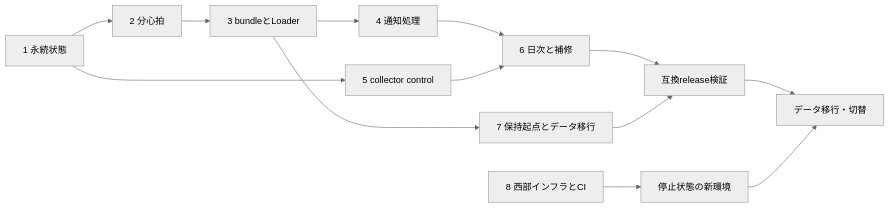
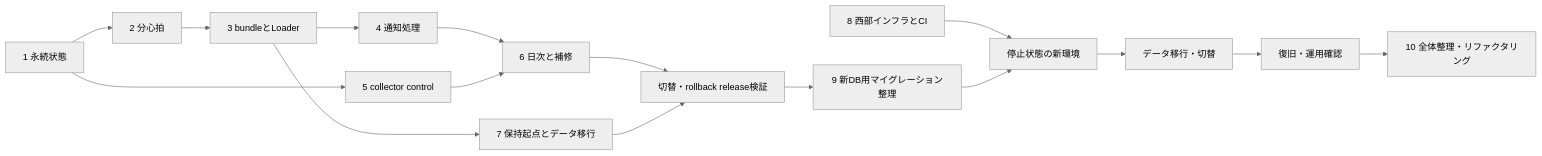
Before and after one commit to binbianlong/personal-data-platform: the diagram in docs/superpowers/plans/2026-10-05-pubsub-gcs-migration-plan.md, drawn with Mermaid (neutral theme). The commit also changed other lines of this file and 2 other files, not shown here.

````diff
--- a/docs/superpowers/plans/2026-10-05-pubsub-gcs-migration-plan.md
+++ b/docs/superpowers/plans/2026-10-05-pubsub-gcs-migration-plan.md
@@ -55,15 +60,18 @@
 ```mermaid
 flowchart LR
     state[1 永続状態] --> minute[2 分心拍]
     minute --> bundle[3 bundleとLoader]
     bundle --> hourly[4 通知処理]
     state --> controls[5 collector control]
     hourly --> daily[6 日次と補修]
     controls --> daily
     bundle --> recovery[7 保持起点とデータ移行]
-    daily --> compat[互換release検証]
+    daily --> compat[切替・rollback release検証]
     recovery --> compat
+    compat --> baseline[9 新DB用マイグレーション整理]
     infra[8 西部インフラとCI] --> prepare[停止状態の新環境]
-    compat --> cutover[データ移行・切替]
+    baseline --> prepare
     prepare --> cutover
+    cutover[データ移行・切替] --> accepted[復旧・運用確認]
+    accepted --> cleanup[10 全体整理・リファクタリング]
 ```
````
